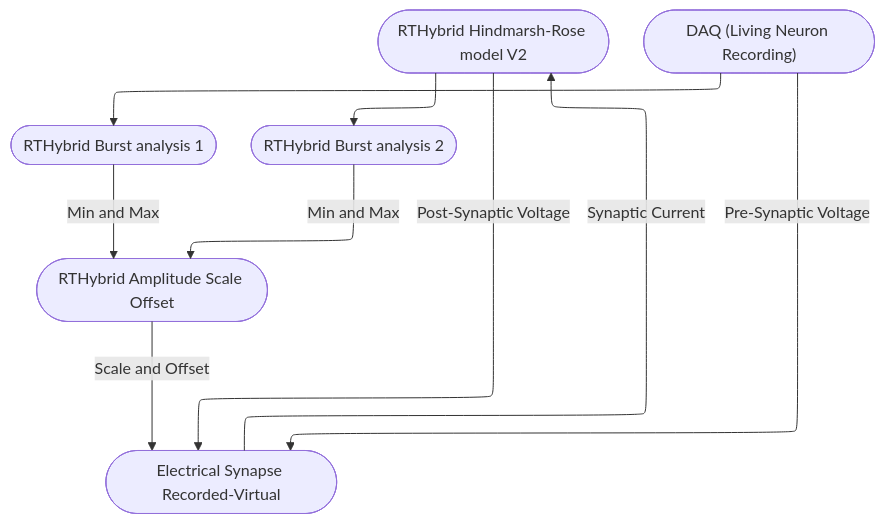
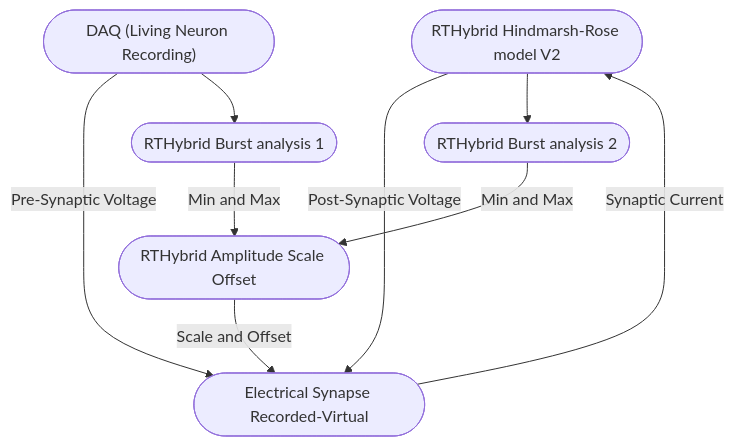
The third of 3 diagrams in neuron-circuits/rtxi/README.md (sergiohidalgo818/tfg-data), drawn with Mermaid before and after one commit.

Commit message:
style of diagram

````diff
--- a/neuron-circuits/rtxi/README.md
+++ b/neuron-circuits/rtxi/README.md
@@ -152,17 +152,17 @@
 ```mermaid
 ---
 config:
   theme: mc
   look: classic
-  layout: elk
+  layout: dagre
 ---
 flowchart TD
     n1(["RTHybrid Hindmarsh-Rose model V2"]) -- "Post-Synaptic Voltage" --> A(["Electrical Synapse Recorded-Virtual"])
     n2(["DAQ (Living Neuron Recording)<br>"]) -- "Pre-Synaptic Voltage" --> A
     A -- Synaptic Current --> n1
     n5(["RTHybrid Amplitude Scale Offset"]) -- Scale and Offset --> A
     n3(["RTHybrid Burst analysis 1<br>"]) -- Min and Max --> n5
     n4(["RTHybrid Burst analysis 2"]) -- "<span style=color:>Min and Max</span>" --> n5
     n2 --> n3
     n1 --> n4
 ```
````
